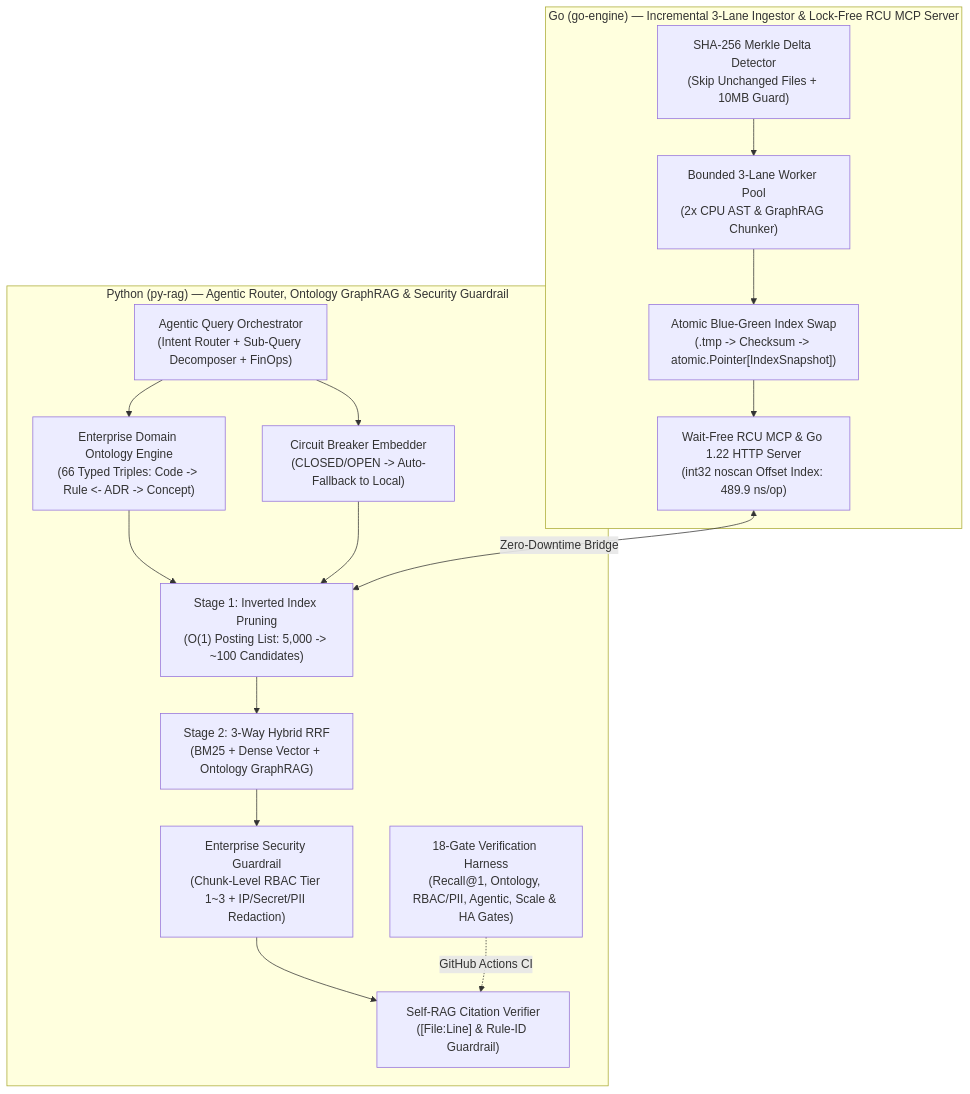
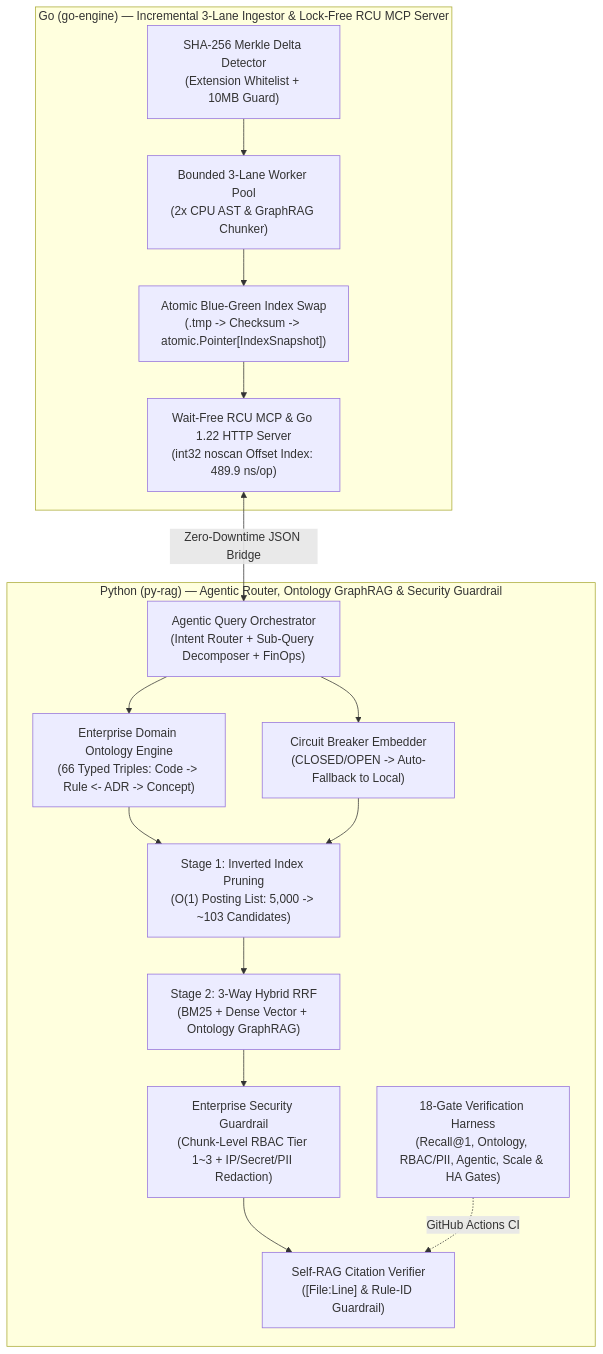
One commit to bestguru/legacy-lens-rag changed the diagram in README.md. Above: the diagram before and after it, drawn with Mermaid. The commit also changed other lines of this file, not shown here.

````diff
--- a/README.md
+++ b/README.md
@@ -46,25 +59,25 @@
 ```mermaid
 flowchart TB
     subgraph Go_Tier ["Go (go-engine) — Incremental 3-Lane Ingestor & Lock-Free RCU MCP Server"]
-        Delta["SHA-256 Merkle Delta Detector\n(Skip Unchanged Files + 10MB Guard)"]
+        Delta["SHA-256 Merkle Delta Detector\n(Extension Whitelist + 10MB Guard)"]
         Pool["Bounded 3-Lane Worker Pool\n(2x CPU AST & GraphRAG Chunker)"]
         Atomic["Atomic Blue-Green Index Swap\n(.tmp -> Checksum -> atomic.Pointer[IndexSnapshot])"]
         MCP["Wait-Free RCU MCP & Go 1.22 HTTP Server\n(int32 noscan Offset Index: 489.9 ns/op)"]
         Delta --> Pool --> Atomic --> MCP
     end
 
     subgraph Py_Tier ["Python (py-rag) — Agentic Router, Ontology GraphRAG & Security Guardrail"]
         Router["Agentic Query Orchestrator\n(Intent Router + Sub-Query Decomposer + FinOps)"]
         Onto["Enterprise Domain Ontology Engine\n(66 Typed Triples: Code -> Rule <- ADR -> Concept)"]
         CB["Circuit Breaker Embedder\n(CLOSED/OPEN -> Auto-Fallback to Local)"]
-        Stage1["Stage 1: Inverted Index Pruning\n(O(1) Posting List: 5,000 -> ~100 Candidates)"]
+        Stage1["Stage 1: Inverted Index Pruning\n(O(1) Posting List: 5,000 -> ~103 Candidates)"]
         Stage2["Stage 2: 3-Way Hybrid RRF\n(BM25 + Dense Vector + Ontology GraphRAG)"]
         Sec["Enterprise Security Guardrail\n(Chunk-Level RBAC Tier 1~3 + IP/Secret/PII Redaction)"]
         Guard["Self-RAG Citation Verifier\n([File:Line] & Rule-ID Guardrail)"]
         Harness["18-Gate Verification Harness\n(Recall@1, Ontology, RBAC/PII, Agentic, Scale & HA Gates)"]
         Router --> Onto & CB --> Stage1 --> Stage2 --> Sec --> Guard
         Harness -.->|"GitHub Actions CI"| Guard
     end
 
-    MCP <-->|"Zero-Downtime Bridge"| Stage1
+    MCP <-->|"Zero-Downtime JSON Bridge"| Router
 ```
````
